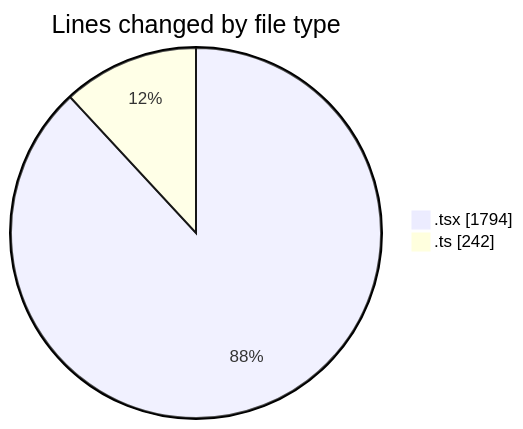
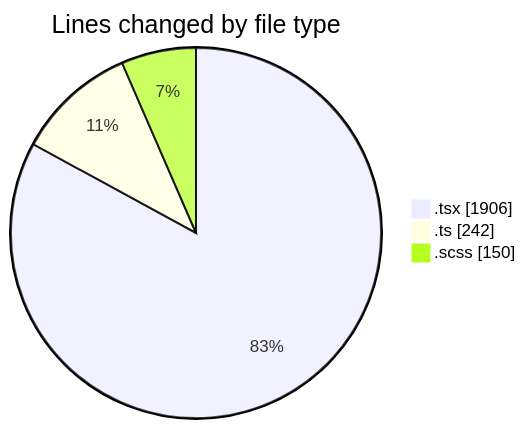
One commit to momahboobian/code-tracking changed the first of 2 diagrams in 2025-09-15/cda/README.md. Above: the diagram before and after it, drawn with Mermaid. The commit also changed other lines of this file and 1 other file, not shown here.

````diff
--- a/2025-09-15/cda/README.md
+++ b/2025-09-15/cda/README.md
@@ -24,6 +25,7 @@
 ```mermaid
 pie showData
 title Lines changed by file type
-".tsx" : 1794
+".tsx" : 1906
 ".ts" : 242
+".scss" : 150
 ```
````
